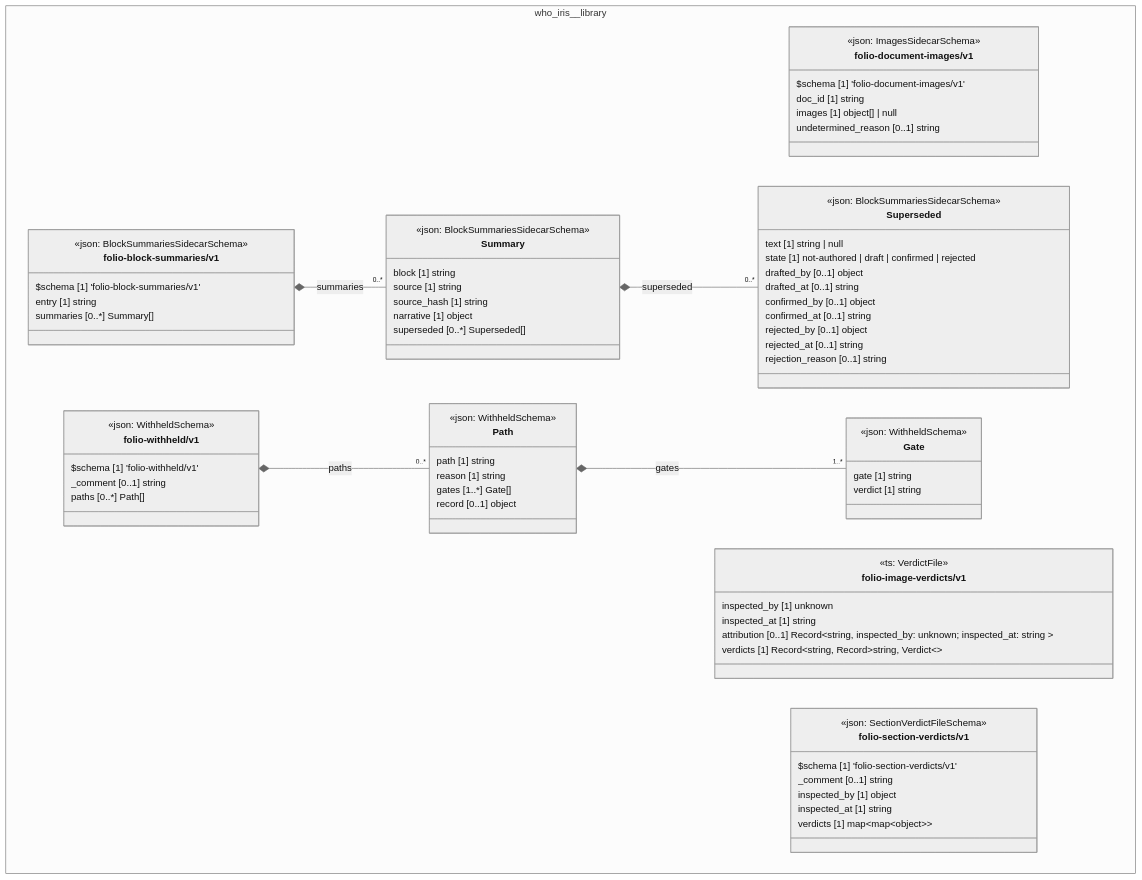
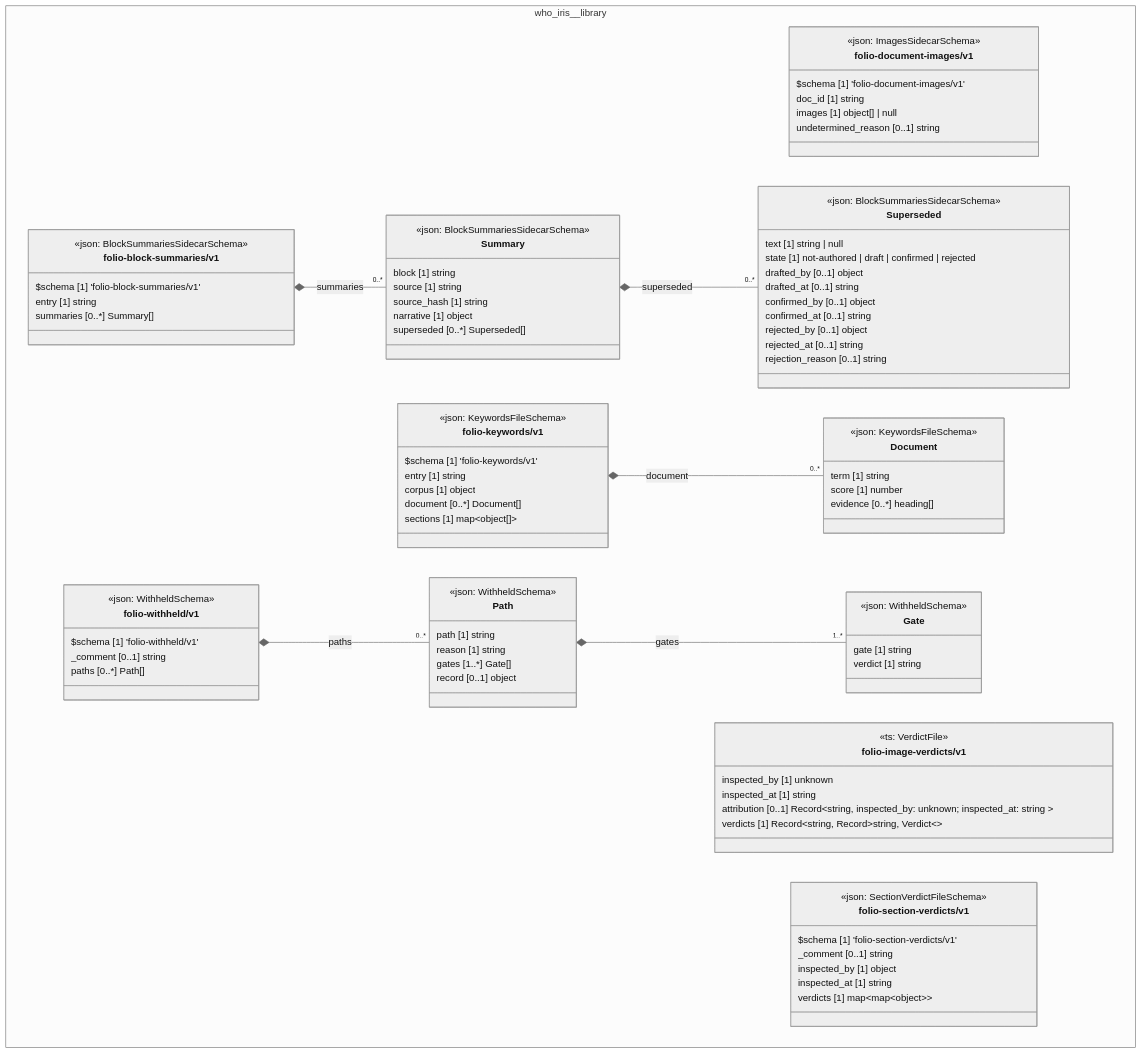
Before and after one commit to litlfred/folio-assistant: the diagram in cat-harness/docs/uml/overview/who-iris/library.md, drawn with Mermaid (neutral theme). The commit also changed other lines of this file and 137 other files, not shown here.

```diff
--- a/cat-harness/docs/uml/overview/who-iris/library.md
+++ b/cat-harness/docs/uml/overview/who-iris/library.md
@@ -91,6 +91,20 @@
       entry [1] string
       summaries [0..*] Summary[]
     }
+    class who_iris_library_folio_keywords_v1_Document["Document"] {
+      <<json: KeywordsFileSchema>>
+      term [1] string
+      score [1] number
+      evidence [0..*] heading[]
+    }
+    class who_iris_library_folio_keywords_v1_folio_keywords_v1["folio-keywords/v1"] {
+      <<json: KeywordsFileSchema>>
+      $schema [1] 'folio-keywords/v1'
+      entry [1] string
+      corpus [1] object
+      document [0..*] Document[]
+      sections [1] map~object[]~
+    }
     class who_iris_library_folio_withheld_v1_Gate["Gate"] {
       <<json: WithheldSchema>>
       gate [1] string
@@ -112,6 +126,7 @@
   }
   who_iris_library_folio_block_summaries_v1_Summary *-- "0..*" who_iris_library_folio_block_summaries_v1_Superseded : superseded
   who_iris_library_folio_block_summaries_v1_folio_block_summaries_v1 *-- "0..*" who_iris_library_folio_block_summaries_v1_Summary : summaries
+  who_iris_library_folio_keywords_v1_folio_keywords_v1 *-- "0..*" who_iris_library_folio_keywords_v1_Document : document
   who_iris_library_folio_withheld_v1_Path *-- "1..*" who_iris_library_folio_withheld_v1_Gate : gates
   who_iris_library_folio_withheld_v1_folio_withheld_v1 *-- "0..*" who_iris_library_folio_withheld_v1_Path : paths
   cssClass "who_iris_library_folio_document_images_v1_folio_document_images_v1" fa_uml_kind_library
@@ -120,6 +135,8 @@
   cssClass "who_iris_library_folio_block_summaries_v1_Superseded" fa_uml_kind_library
   cssClass "who_iris_library_folio_block_summaries_v1_Summary" fa_uml_kind_library
   cssClass "who_iris_library_folio_block_summaries_v1_folio_block_summaries_v1" fa_uml_kind_library
+  cssClass "who_iris_library_folio_keywords_v1_Document" fa_uml_kind_library
+  cssClass "who_iris_library_folio_keywords_v1_folio_keywords_v1" fa_uml_kind_library
   cssClass "who_iris_library_folio_withheld_v1_Gate" fa_uml_kind_library
   cssClass "who_iris_library_folio_withheld_v1_Path" fa_uml_kind_library
   cssClass "who_iris_library_folio_withheld_v1_folio_withheld_v1" fa_uml_kind_library
```
